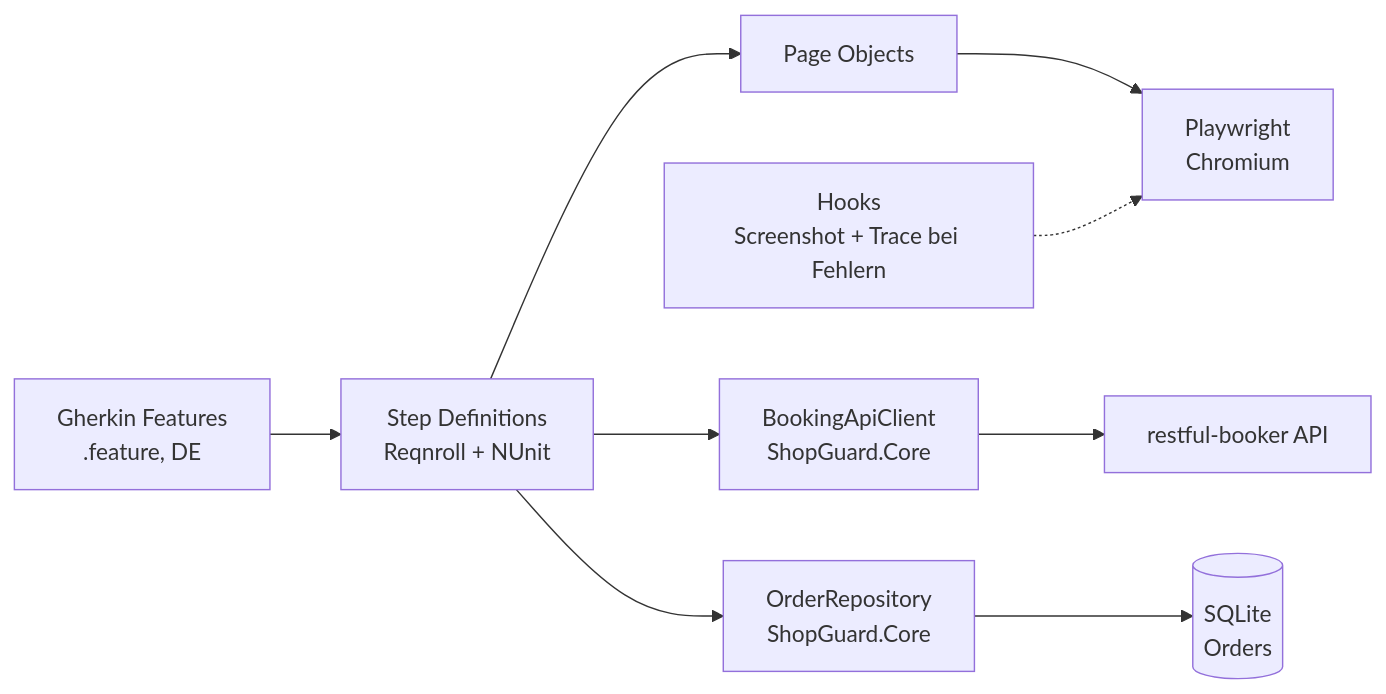
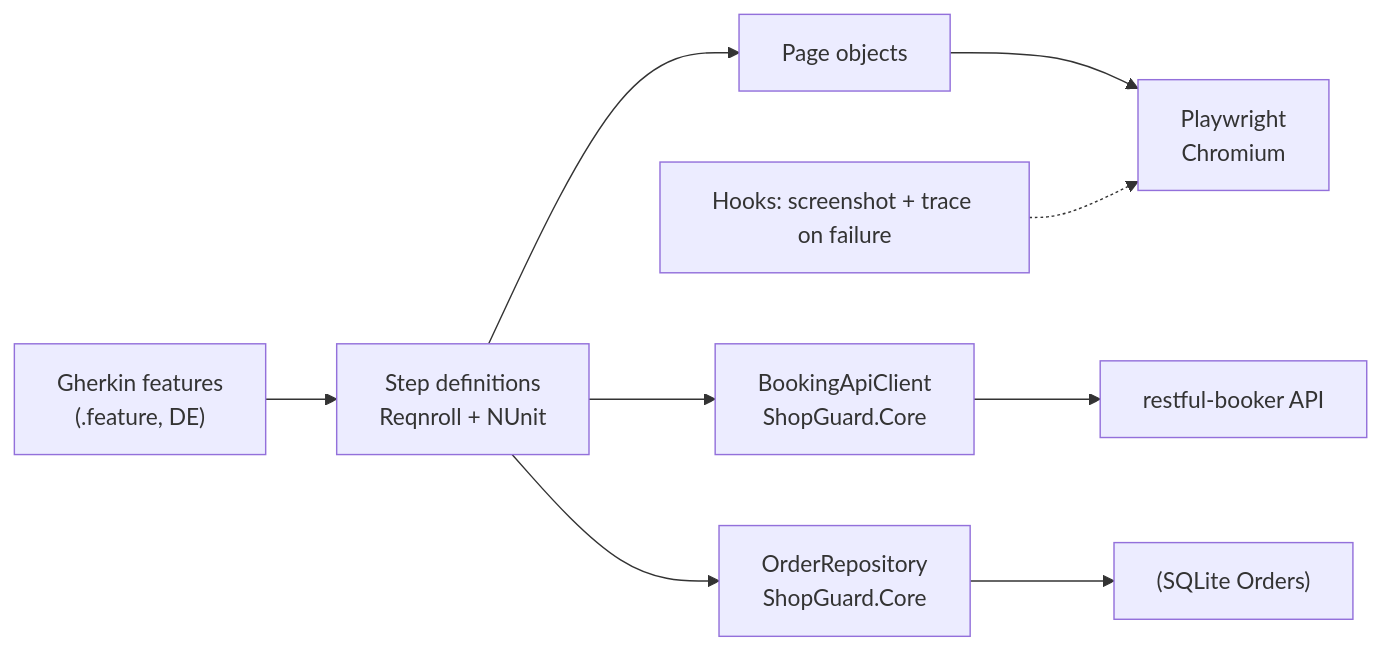
The first of 2 diagrams in README.md (AdrianDeutsch/Qa_Automation), drawn with Mermaid before and after one commit. The commit also changed other lines of this file and 3 other files, not shown here.

````diff
--- a/README.md
+++ b/README.md
@@ -64,11 +78,11 @@
 ```mermaid
 flowchart LR
-  A[Gherkin Features\n.feature, DE] --> B[Step Definitions\nReqnroll + NUnit]
-  B --> C[Page Objects]
-  B --> D[BookingApiClient\nShopGuard.Core]
-  B --> E[OrderRepository\nShopGuard.Core]
-  C --> F[Playwright\nChromium]
-  D --> G[restful-booker API]
-  E --> H[(SQLite\nOrders)]
-  I[Hooks\nScreenshot + Trace bei Fehlern] -.-> F
+  A["Gherkin features<br/>(.feature, DE)"] --> B["Step definitions<br/>Reqnroll + NUnit"]
+  B --> C["Page objects"]
+  B --> D["BookingApiClient<br/>ShopGuard.Core"]
+  B --> E["OrderRepository<br/>ShopGuard.Core"]
+  C --> F["Playwright<br/>Chromium"]
+  D --> G["restful-booker API"]
+  E --> H["(SQLite Orders)"]
+  I["Hooks: screenshot + trace on failure"] -.-> F
 ```
````
